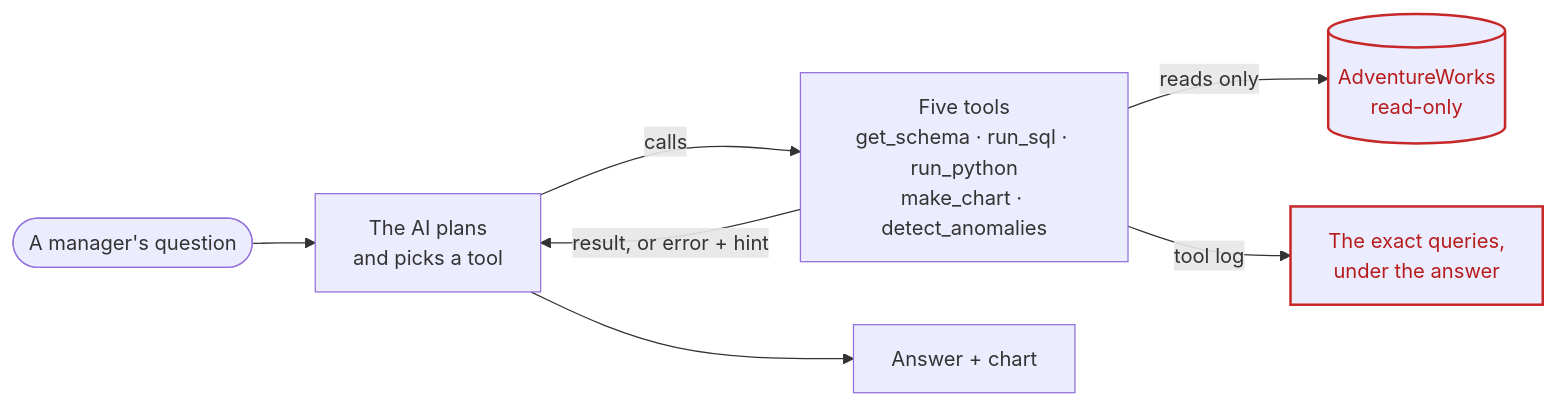
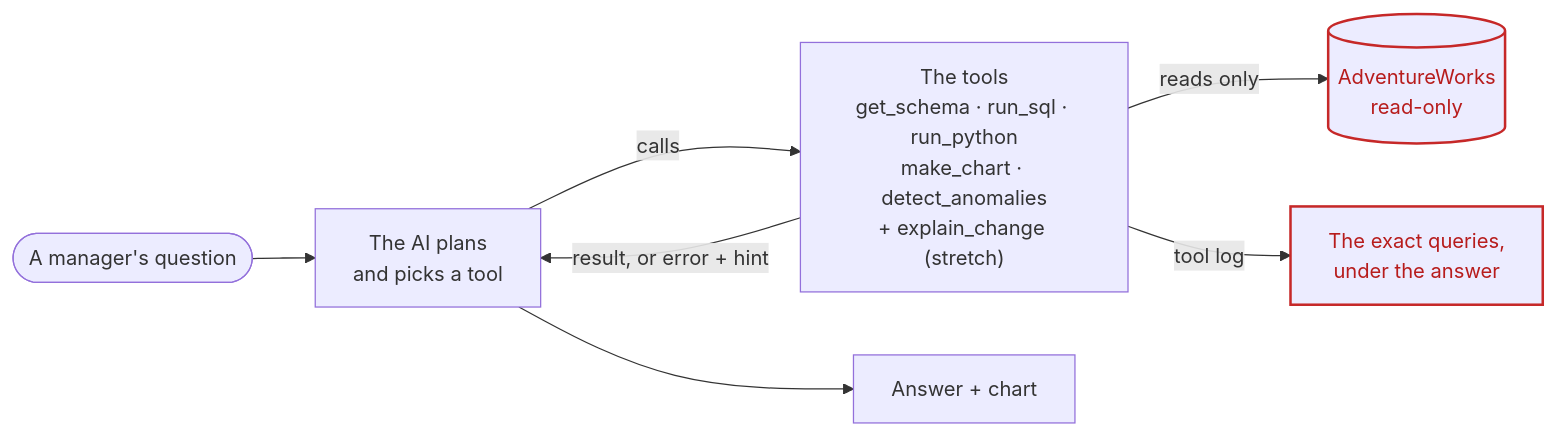
One commit to victorsaly/business-analyst-agent-demo changed the first of 2 diagrams in docs/index.md. Above: the diagram before and after it, drawn with Mermaid. The commit also changed other lines of this file and 2 other files, not shown here.

Commit message:
Blog home: say the agent has the brief's five tools plus explain_change

````diff
--- a/docs/index.md
+++ b/docs/index.md
@@ -40,12 +40,12 @@
 ```mermaid
 flowchart LR
   accTitle: How the agent answers a question
   Q(["A manager's question"]) --> AI["The AI plans<br/>and picks a tool"]
-  AI -- "calls" --> T["Five tools<br/>get_schema · run_sql · run_python<br/>make_chart · detect_anomalies"]
+  AI -- "calls" --> T["The tools<br/>get_schema · run_sql · run_python<br/>make_chart · detect_anomalies<br/>+ explain_change (stretch)"]
   T -- "reads only" --> DB[("AdventureWorks<br/>read-only")]
   T -- "result, or error + hint" --> AI
   AI --> A["Answer + chart"]
   T -- "tool log" --> S["The exact queries,<br/>under the answer"]
   classDef red stroke:#c62828,stroke-width:2px,color:#b71c1c
   class DB,S red
 ```
````
